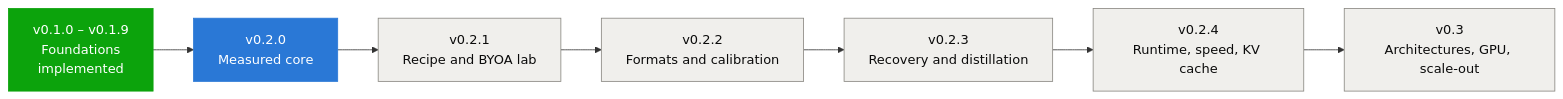
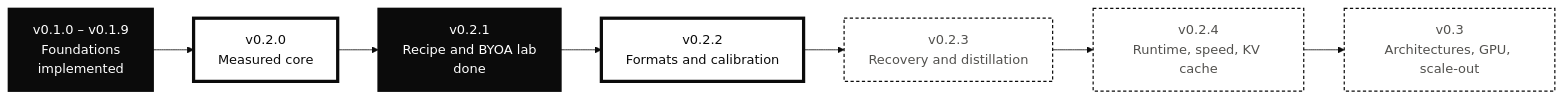
The diagram in ROADMAP.md (EdEpiphanes/THME-Epiphanes), drawn with Mermaid before and after one commit. The commit also changed 24 other files, not shown here.

First line of the commit message:
docs(brand): manga panel style for diagrams and benchmark charts; refresh README roadmap (#42)

````diff
--- a/ROADMAP.md
+++ b/ROADMAP.md
@@ -12,15 +12,16 @@
 ```mermaid
+%%{init: {'theme': 'base', 'themeVariables': {'fontFamily': 'Chakra Petch, Bahnschrift, Arial Narrow, sans-serif', 'primaryColor': '#ffffff', 'primaryTextColor': '#0b0b0b', 'primaryBorderColor': '#0b0b0b', 'lineColor': '#0b0b0b', 'secondaryColor': '#f6f6f4', 'tertiaryColor': '#ffffff', 'clusterBkg': '#f6f6f4', 'clusterBorder': '#0b0b0b', 'edgeLabelBackground': '#ffffff', 'noteBkgColor': '#ffffff', 'noteBorderColor': '#0b0b0b', 'actorBkg': '#ffffff', 'actorBorder': '#0b0b0b', 'signalColor': '#0b0b0b', 'labelBoxBkgColor': '#ffffff'}}}%%
 flowchart LR
-    classDef done fill:#0ca30c,stroke:#0ca30c,color:#ffffff;
-    classDef active fill:#2a78d6,stroke:#2a78d6,color:#ffffff;
-    classDef next fill:#f0efec,stroke:#898781,color:#0b0b0b;
+    classDef done fill:#0b0b0b,stroke:#0b0b0b,stroke-width:2px,color:#ffffff;
+    classDef active fill:#ffffff,stroke:#0b0b0b,stroke-width:4px,color:#0b0b0b;
+    classDef next fill:#ffffff,stroke:#0b0b0b,stroke-width:1.5px,stroke-dasharray:4 3,color:#52514e;
 
     A["v0.1.0 – v0.1.9<br/>Foundations<br/>implemented"]:::done
     B["v0.2.0<br/>Measured core"]:::active
-    C["v0.2.1<br/>Recipe and BYOA lab"]:::next
-    D["v0.2.2<br/>Formats and calibration"]:::next
+    C["v0.2.1<br/>Recipe and BYOA lab<br/>done"]:::done
+    D["v0.2.2<br/>Formats and calibration"]:::active
     E["v0.2.3<br/>Recovery and distillation"]:::next
     F["v0.2.4<br/>Runtime, speed, KV cache"]:::next
     G["v0.3<br/>Architectures, GPU, scale-out"]:::next
     A --> B --> C --> D --> E --> F --> G
 ```
````
